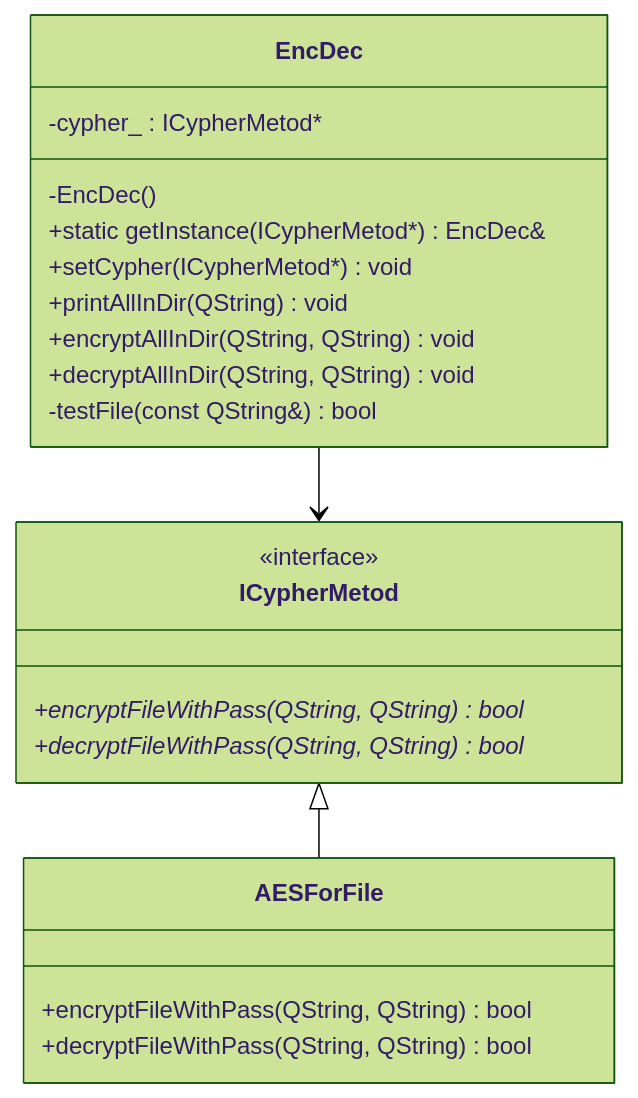
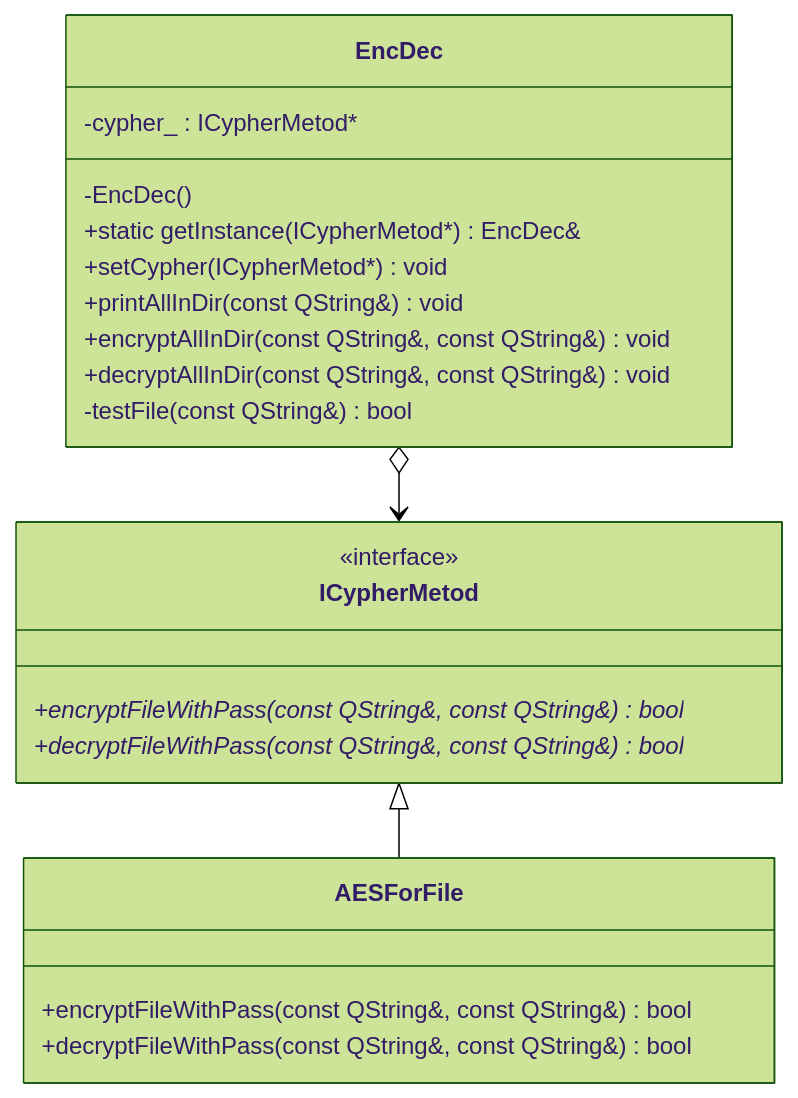
Before and after one commit to ILoveHumanity/Qt_Lab1: the diagram in README.md, drawn with Mermaid (forest theme). The commit also changed other lines of this file and 4 other files, not shown here.

````diff
--- a/README.md
+++ b/README.md
@@ -10,26 +12,26 @@
 ```mermaid
 classDiagram
     class ICypherMetod {
         <<interface>>
-        +encryptFileWithPass(QString, QString) bool*
-        +decryptFileWithPass(QString, QString) bool*
+        +encryptFileWithPass(const QString&, const QString&) bool*
+        +decryptFileWithPass(const QString&, const QString&) bool*
     }
     class AESForFile {
-        +encryptFileWithPass(QString, QString) bool
-        +decryptFileWithPass(QString, QString) bool
+        +encryptFileWithPass(const QString&, const QString&) bool
+        +decryptFileWithPass(const QString&, const QString&) bool
     }
 
     class EncDec {
         -cypher_ : ICypherMetod&#42 
         -EncDec()
         +static getInstance(ICypherMetod*) EncDec&
         +setCypher(ICypherMetod*) void
-        +printAllInDir(QString) void
-        +encryptAllInDir(QString, QString) void
-        +decryptAllInDir(QString, QString) void
+        +printAllInDir(const QString&) void
+        +encryptAllInDir(const QString&, const QString&) void
+        +decryptAllInDir(const QString&, const QString&) void
 	-testFile(const QString&) bool
     }
 
     ICypherMetod <|-- AESForFile
-    EncDec --> ICypherMetod
+    EncDec o--> ICypherMetod
 ```
````
